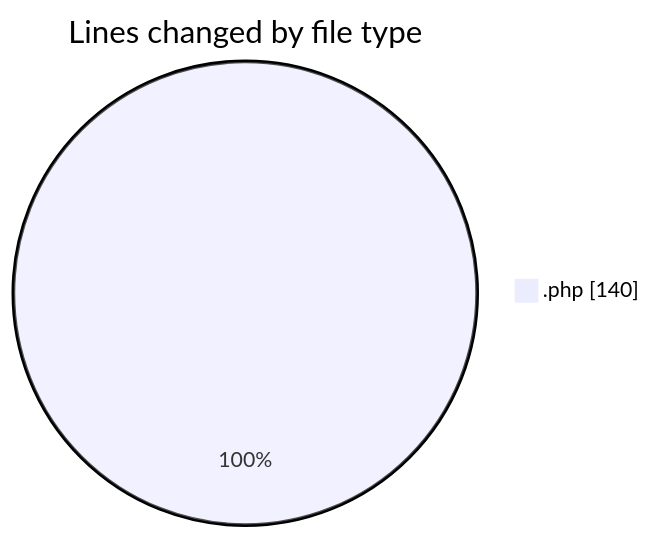
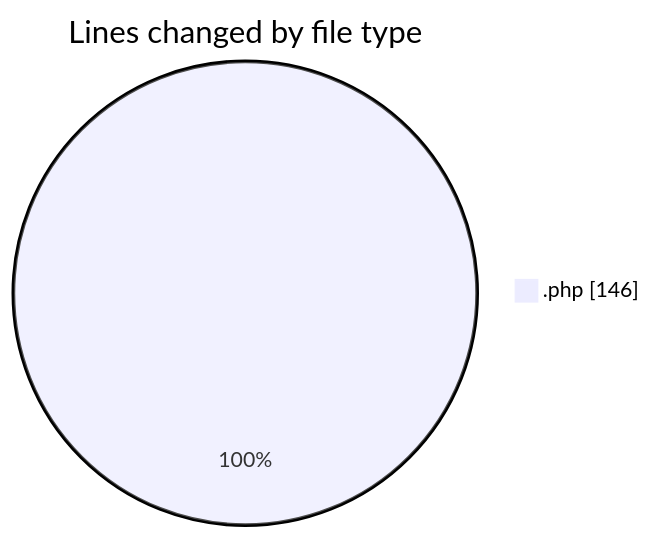
The first of 2 diagrams in 2026-09-01/web/README.md (LanceThiago/code-tracking), drawn with Mermaid before and after one commit. The commit also changed other lines of this file and 1 other file, not shown here.

````diff
--- a/2026-09-01/web/README.md
+++ b/2026-09-01/web/README.md
@@ -22,5 +23,5 @@
 ```mermaid
 pie showData
 title Lines changed by file type
-".php" : 140
+".php" : 146
 ```
````
